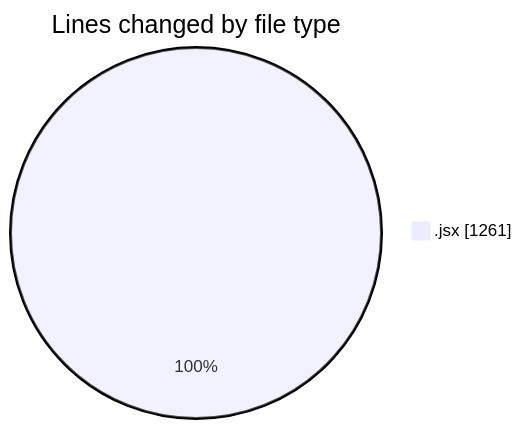
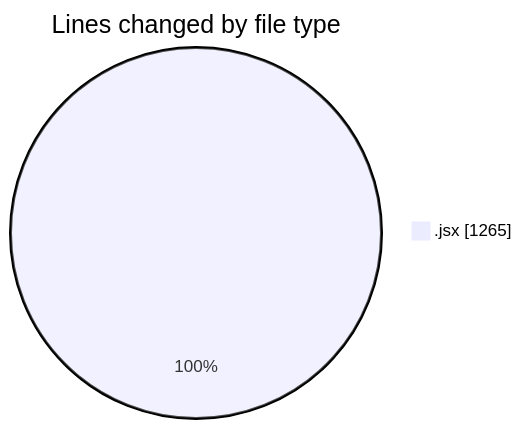
The first of 2 diagrams in 2025-05-10/argos-dev/README.md (nxtqubesakshisongat/code-tracking), drawn with Mermaid before and after one commit. The commit also changed other lines of this file and 1 other file, not shown here.

````diff
--- a/2025-05-10/argos-dev/README.md
+++ b/2025-05-10/argos-dev/README.md
@@ -21,5 +21,5 @@
 ```mermaid
 pie showData
 title Lines changed by file type
-".jsx" : 1261
+".jsx" : 1265
 ```
````
